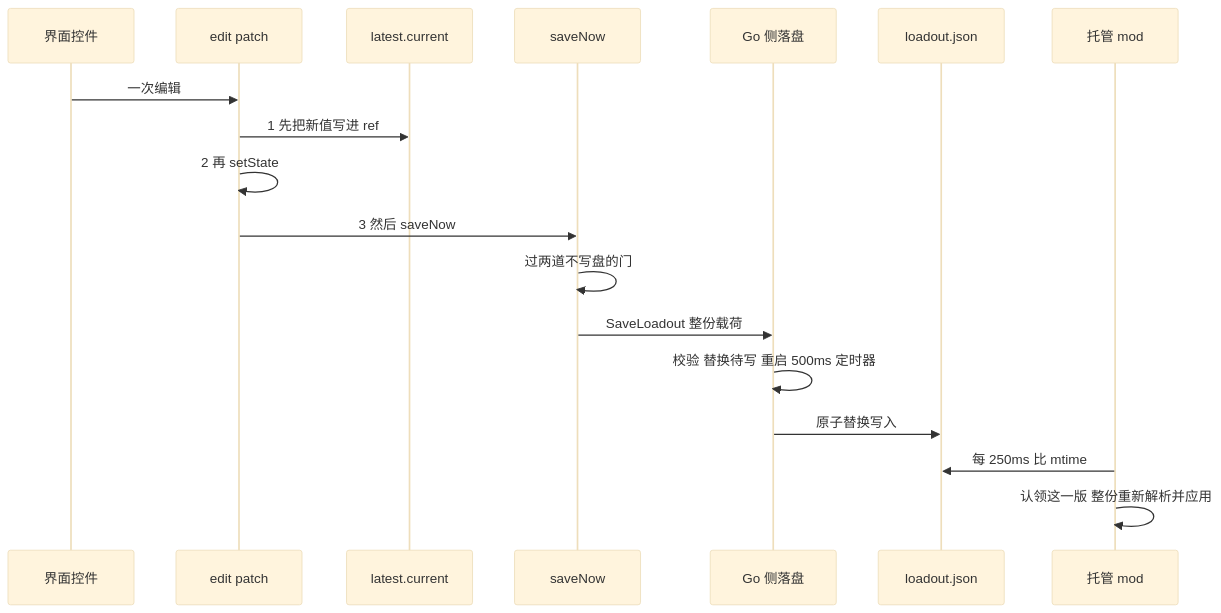
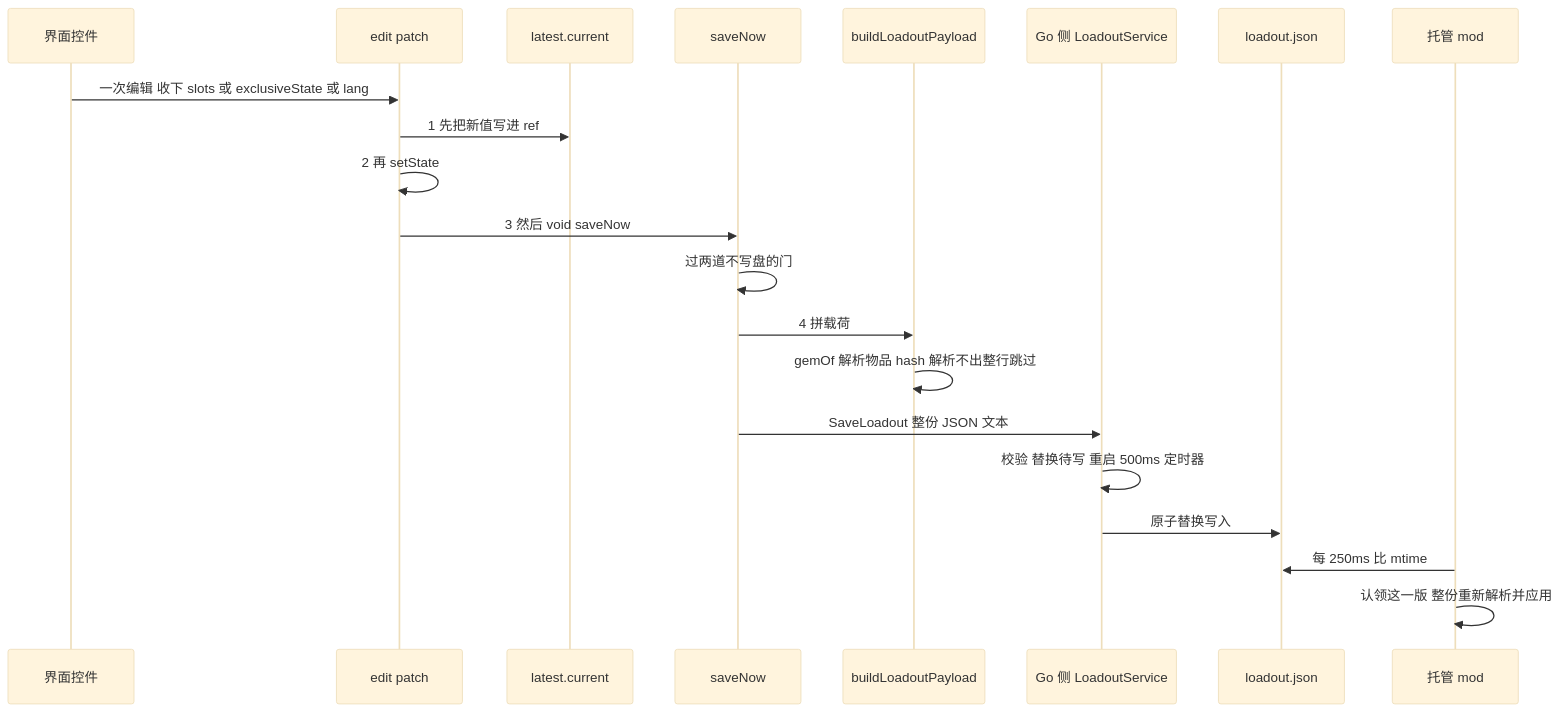
Before and after one commit to baagod/GBFR-Sigil-Loadout: the fourth of 5 diagrams in openwiki/architecture/visual-tool-frontend.md, drawn with Mermaid (base theme). The commit also changed other lines of this file and 38 other files, not shown here.

````diff
--- a/openwiki/architecture/visual-tool-frontend.md
+++ b/openwiki/architecture/visual-tool-frontend.md
@@ -198,20 +204,23 @@
 ```mermaid
 sequenceDiagram
     participant UI as 界面控件
     participant Edit as edit patch
     participant Ref as latest.current
     participant Save as saveNow
-    participant Go as Go 侧落盘
+    participant Payload as buildLoadoutPayload
+    participant Go as Go 侧 LoadoutService
     participant File as loadout.json
     participant Mod as 托管 mod
-    UI->>Edit: 一次编辑
+    UI->>Edit: 一次编辑 收下 slots 或 exclusiveState 或 lang
     Edit->>Ref: 1 先把新值写进 ref
     Edit->>Edit: 2 再 setState
-    Edit->>Save: 3 然后 saveNow
+    Edit->>Save: 3 然后 void saveNow
     Save->>Save: 过两道不写盘的门
-    Save->>Go: SaveLoadout 整份载荷
+    Save->>Payload: 4 拼载荷
+    Payload->>Payload: gemOf 解析物品 hash 解析不出整行跳过
+    Save->>Go: SaveLoadout 整份 JSON 文本
     Go->>Go: 校验 替换待写 重启 500ms 定时器
     Go->>File: 原子替换写入
     Mod->>File: 每 250ms 比 mtime
     Mod->>Mod: 认领这一版 整份重新解析并应用
 ```
````
